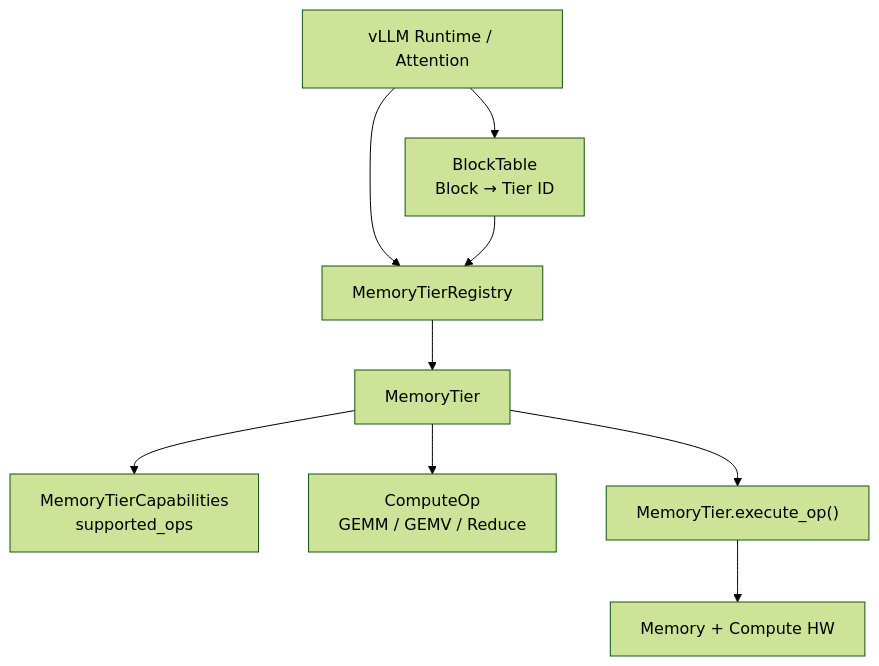
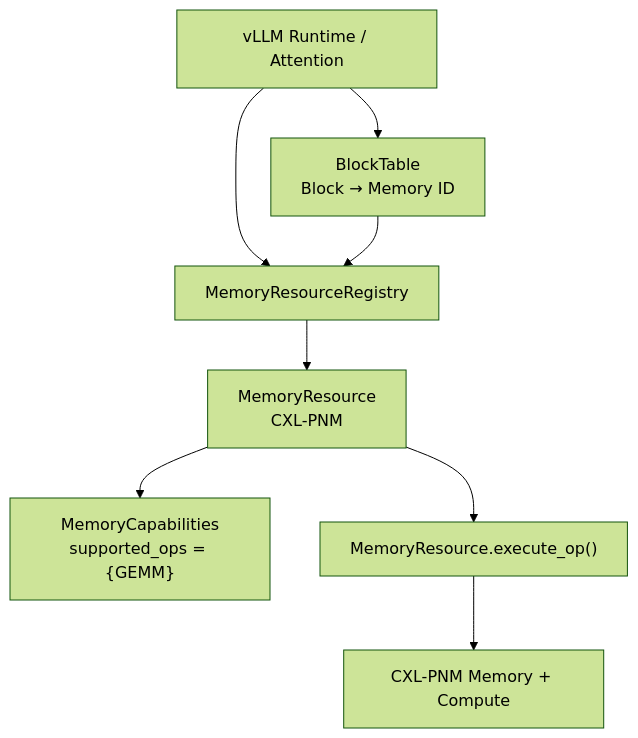
One commit to mkim0628/vllm changed the first of 8 diagrams in doc-mk/vllm-compute-capable-memory-candidates.md. Above: the diagram before and after it, drawn with Mermaid (forest theme). The commit also changed other lines of this file, not shown here.

````diff
--- a/doc-mk/vllm-compute-capable-memory-candidates.md
+++ b/doc-mk/vllm-compute-capable-memory-candidates.md
@@ -166,19 +101,18 @@
 ```mermaid
 graph TD
     APP["vLLM Runtime / Attention"]
-    BT["BlockTable\nBlock → Tier ID"]
-    REG["MemoryTierRegistry"]
-    MT["MemoryTier"]
-    CAPS["MemoryTierCapabilities\nsupported_ops"]
-    OP["ComputeOp\nGEMM / GEMV / Reduce"]
-    EXEC["MemoryTier.execute_op()"]
+    BT["BlockTable\nBlock → Memory ID"]
+    REG["MemoryResourceRegistry"]
+    MR["MemoryResource\nCXL-PNM"]
+    CAP["MemoryCapabilities\nsupported_ops = {GEMM}"]
+    EXEC["MemoryResource.execute_op()"]
+    HW["CXL-PNM Memory + Compute"]
 
     APP --> BT
     APP --> REG
     BT --> REG
-    REG --> MT
-    MT --> CAPS
-    MT --> OP
-    MT --> EXEC
-    EXEC --> HW["Memory + Compute HW"]
+    REG --> MR
+    MR --> CAP
+    MR --> EXEC
+    EXEC --> HW
 ```
````
